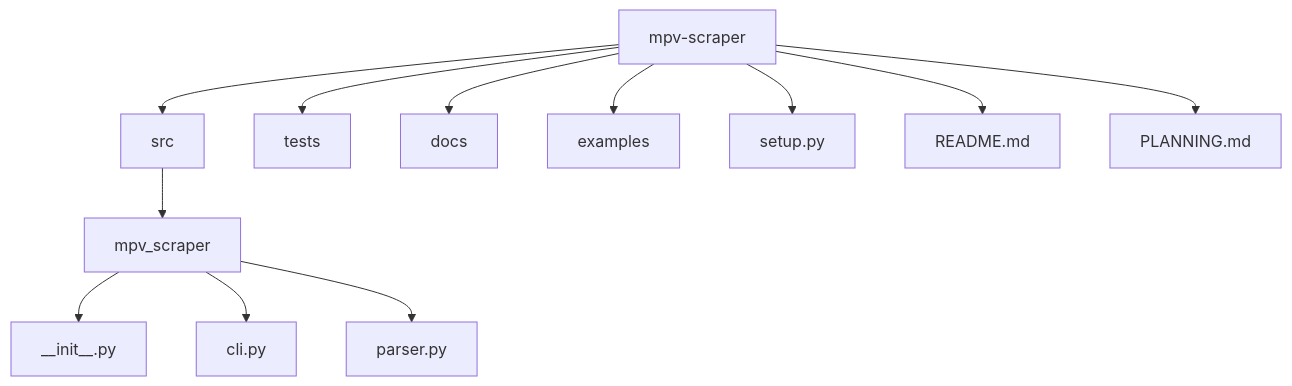
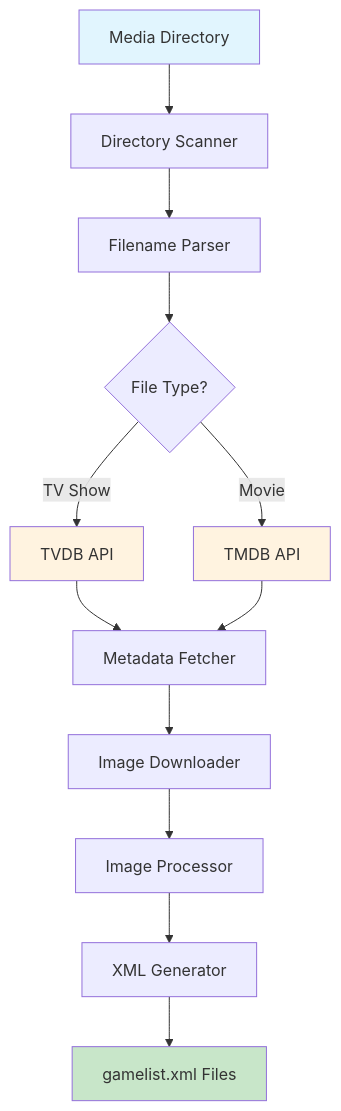
The first of 2 diagrams in README.md (DouglasMacKrell/mpv-scraper), drawn with Mermaid before and after one commit. The commit also changed other lines of this file and 24 other files, not shown here.

````diff
--- a/README.md
+++ b/README.md
@@ -14,15 +7,19 @@
 ```mermaid
-graph TD
-    A[mpv-scraper] --> B[src];
-    A --> C[tests];
-    A --> D[docs];
-    A --> E[examples];
-    A --> F[setup.py];
-    A --> G[README.md];
-    A --> H[PLANNING.md];
+graph TB
+    A[Media Directory] --> B[Directory Scanner]
+    B --> C[Filename Parser]
+    C --> D{File Type?}
+    D -->|TV Show| E[TVDB API]
+    D -->|Movie| F[TMDB API]
+    E --> G[Metadata Fetcher]
+    F --> G
+    G --> H[Image Downloader]
+    H --> I[Image Processor]
+    I --> J[XML Generator]
+    J --> K[gamelist.xml Files]
 
-    B --> B1[mpv_scraper];
-    B1 --> B2[__init__.py];
-    B1 --> B3[cli.py];
-    B1 --> B4[parser.py];
+    style A fill:#e1f5fe
+    style K fill:#c8e6c9
+    style E fill:#fff3e0
+    style F fill:#fff3e0
 ```
````
